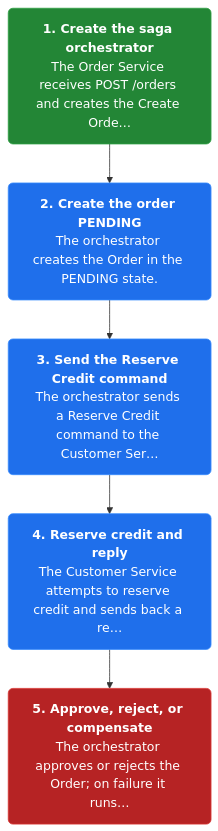
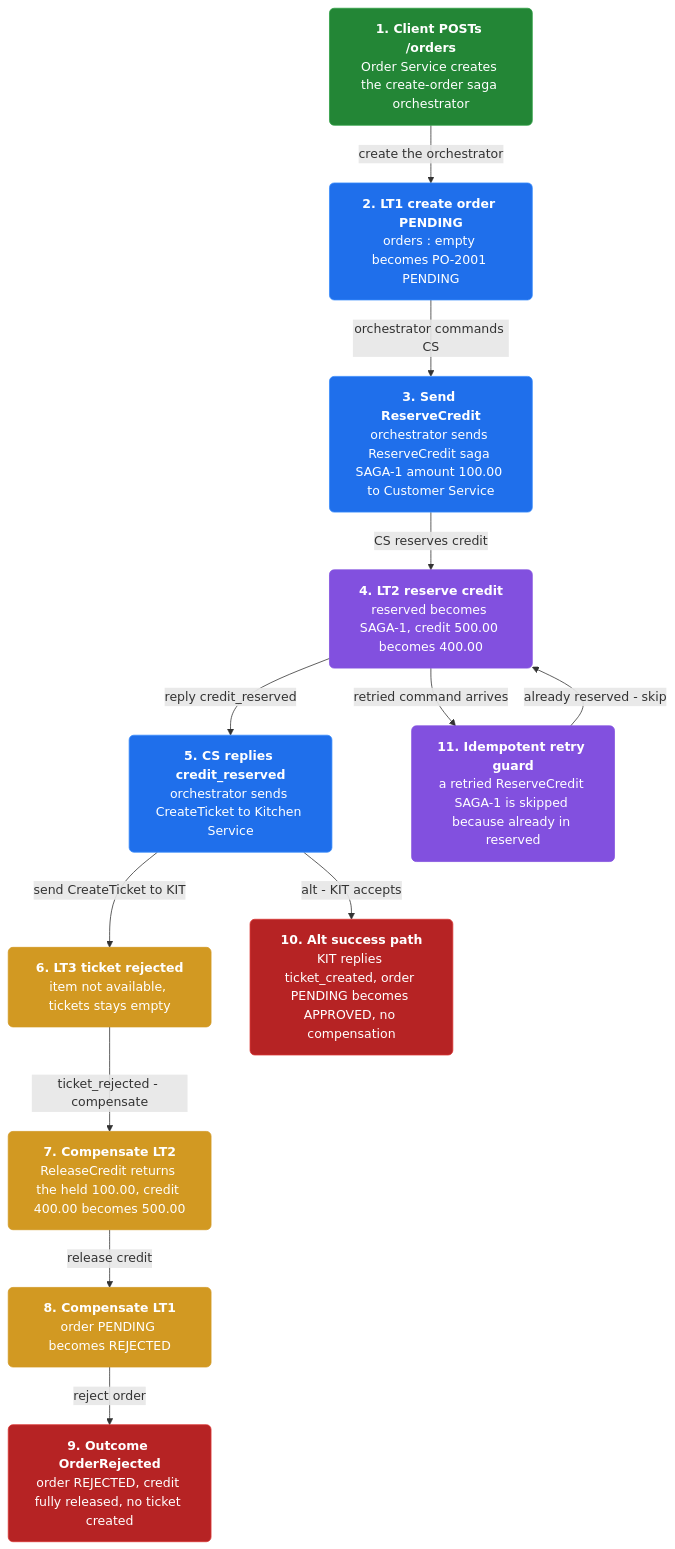
Before and after one commit to vinayakuber/microservices-io-study-guide: the second of 4 diagrams in docs/ch15-saga.md, drawn with Mermaid. The commit also changed other lines of this file and 46 other files, not shown here.

First line of the commit message:
Author rich branching flow diagrams for all 44 chapters

````diff
--- a/docs/ch15-saga.md
+++ b/docs/ch15-saga.md
@@ -52,15 +65,30 @@
 ```mermaid
 flowchart TD
-  classDef step fill:#1f6feb,color:#ffffff,stroke:#388bfd,stroke-width:1px,rx:6
+  classDef step fill:#1f6feb,color:#ffffff,stroke:#388bfd,rx:6
+  classDef core fill:#8250df,color:#ffffff,stroke:#8250df,rx:6
+  classDef warn fill:#d29922,color:#ffffff,stroke:#d29922,rx:6
   classDef start fill:#238636,color:#ffffff,stroke:#2ea043,rx:6
   classDef stop fill:#b62324,color:#ffffff,stroke:#da3633,rx:6
-  s1n0["<b>1. Create the saga orchestrator</b><br/>The Order Service receives POST /orders and creates the Create Orde…"]:::start
-  s1n1["<b>2. Create the order PENDING</b><br/>The orchestrator creates the Order in the PENDING state."]:::step
-  s1n2["<b>3. Send the Reserve Credit command</b><br/>The orchestrator sends a Reserve Credit command to the Customer Ser…"]:::step
-  s1n3["<b>4. Reserve credit and reply</b><br/>The Customer Service attempts to reserve credit and sends back a re…"]:::step
-  s1n4["<b>5. Approve, reject, or compensate</b><br/>The orchestrator approves or rejects the Order; on failure it runs…"]:::stop
-  s1n0 --> s1n1
-  s1n1 --> s1n2
-  s1n2 --> s1n3
-  s1n3 --> s1n4
+  n0["<b>1. Client POSTs /orders</b><br/>Order Service creates the create-order saga orchestrator"]:::start
+  n1["<b>2. LT1 create order PENDING</b><br/>orders : empty becomes PO-2001 PENDING"]:::step
+  n2["<b>3. Send ReserveCredit</b><br/>orchestrator sends ReserveCredit saga SAGA-1 amount 100.00 to Customer Service"]:::step
+  n3["<b>4. LT2 reserve credit</b><br/>reserved becomes SAGA-1, credit 500.00 becomes 400.00"]:::core
+  n4["<b>5. CS replies credit_reserved</b><br/>orchestrator sends CreateTicket to Kitchen Service"]:::step
+  n5["<b>6. LT3 ticket rejected</b><br/>item not available, tickets stays empty"]:::warn
+  n6["<b>7. Compensate LT2</b><br/>ReleaseCredit returns the held 100.00, credit 400.00 becomes 500.00"]:::warn
+  n7["<b>8. Compensate LT1</b><br/>order PENDING becomes REJECTED"]:::warn
+  n8["<b>9. Outcome OrderRejected</b><br/>order REJECTED, credit fully released, no ticket created"]:::stop
+  n9["<b>10. Alt success path</b><br/>KIT replies ticket_created, order PENDING becomes APPROVED, no compensation"]:::stop
+  n10["<b>11. Idempotent retry guard</b><br/>a retried ReserveCredit SAGA-1 is skipped because already in reserved"]:::core
+  n0 -->|"create the orchestrator"| n1
+  n1 -->|"orchestrator commands CS"| n2
+  n2 -->|"CS reserves credit"| n3
+  n3 -->|"retried command arrives"| n10
+  n10 -->|"already reserved - skip"| n3
+  n3 -->|"reply credit_reserved"| n4
+  n4 -->|"send CreateTicket to KIT"| n5
+  n4 -->|"alt - KIT accepts"| n9
+  n5 -->|"ticket_rejected - compensate"| n6
+  n6 -->|"release credit"| n7
+  n7 -->|"reject order"| n8
 ```
````
